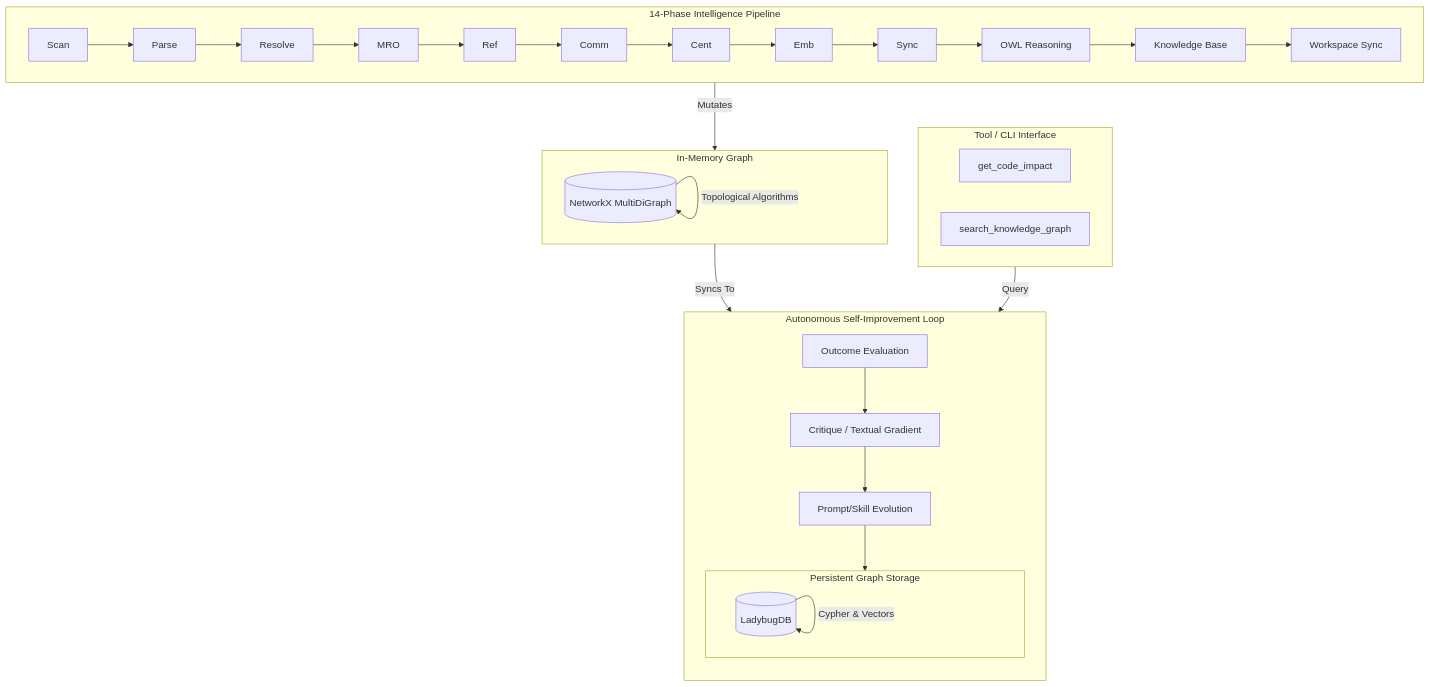
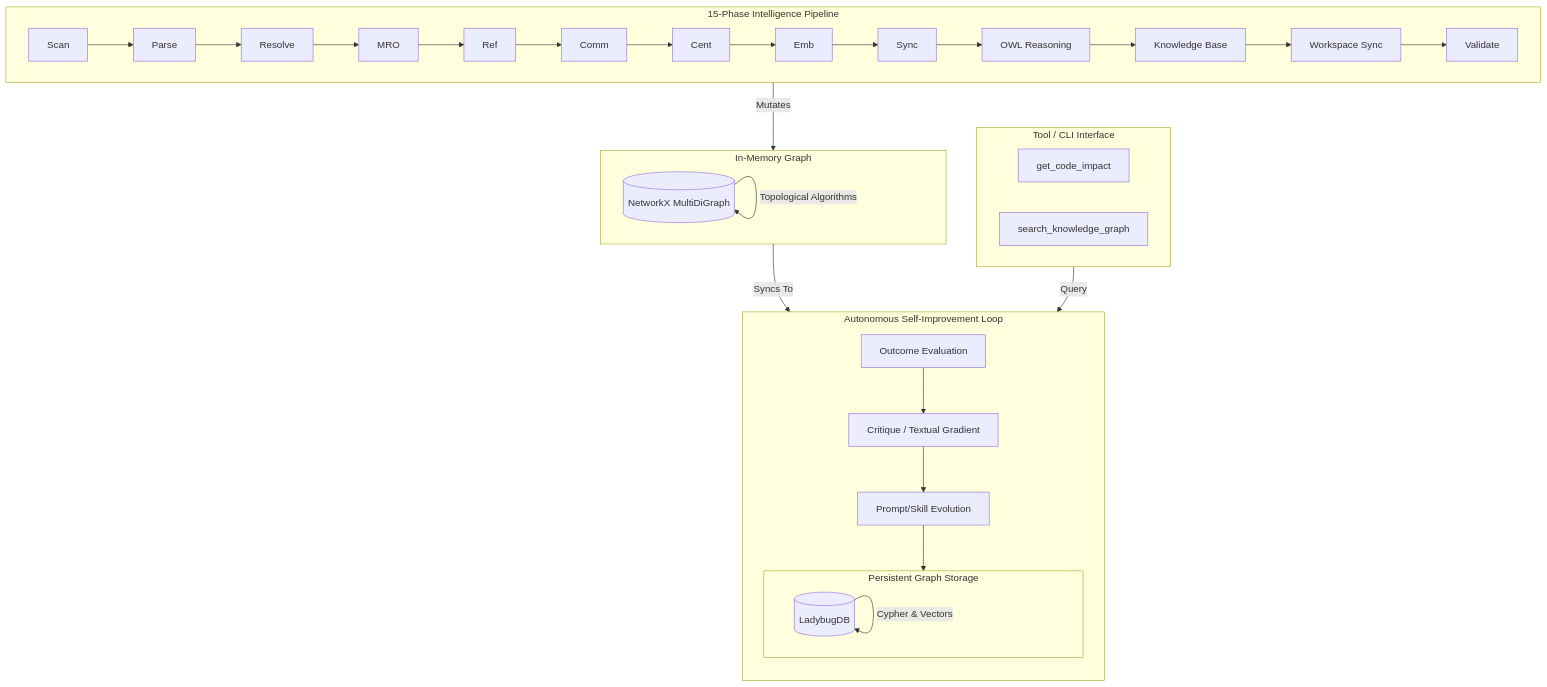
Before and after one commit to Knuckles-Team/agent-utilities: the first of 6 diagrams in README.md, drawn with Mermaid. The commit also changed other lines of this file and 218 other files, not shown here.

````diff
--- a/README.md
+++ b/README.md
@@ -109,33 +129,33 @@
 ```mermaid
 graph TD
-    subgraph Ingestion_Pipeline [14-Phase Intelligence Pipeline]
+    subgraph Ingestion_Pipeline [15-Phase Intelligence Pipeline]
         direction LR
-        Scan --> Parse --> Resolve --> MRO --> Ref --> Comm --> Cent --> Emb --> Sync --> OWL[OWL Reasoning] --> KB[Knowledge Base] --> WS[Workspace Sync]
+        Scan --> Parse --> Resolve --> MRO --> Ref --> Comm --> Cent --> Emb --> Sync --> OWL[OWL Reasoning] --> KB[Knowledge Base] --> WS[Workspace Sync] --> Val[Validate]
     end
 
     subgraph Memory_Layer [In-Memory Graph]
         NX[(NetworkX MultiDiGraph)]
         NX -- "Topological Algorithms" --> NX
     end
 
     subgraph Persistence_Layer [Persistent Graph Storage]
         LDB[(LadybugDB)]
         LDB -- "Cypher & Vectors" --> LDB
     end
 
     subgraph Query_Layer [Tool / CLI Interface]
         Q_Impact[get_code_impact]
         Q_Query[search_knowledge_graph]
     end
 
     Ingestion_Pipeline -- "Mutates" --> Memory_Layer
     Memory_Layer -- "Syncs To" --> Persistence_Layer
     Query_Layer -- "Query" --> Persistence_Layer
 
     subgraph Autonomous_Loop [Autonomous Self-Improvement Loop]
         direction TB
         Outcome[Outcome Evaluation] --> Critique[Critique / Textual Gradient]
         Critique --> Evolution[Prompt/Skill Evolution]
         Evolution --> Persistence_Layer
     end
 ```
````
